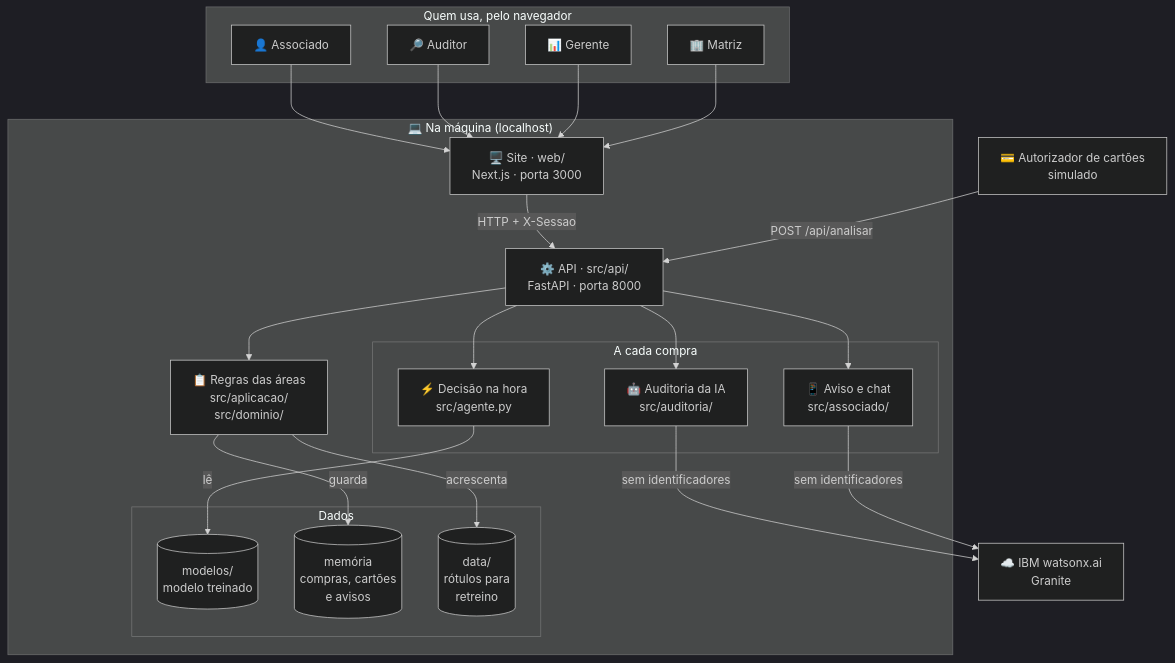
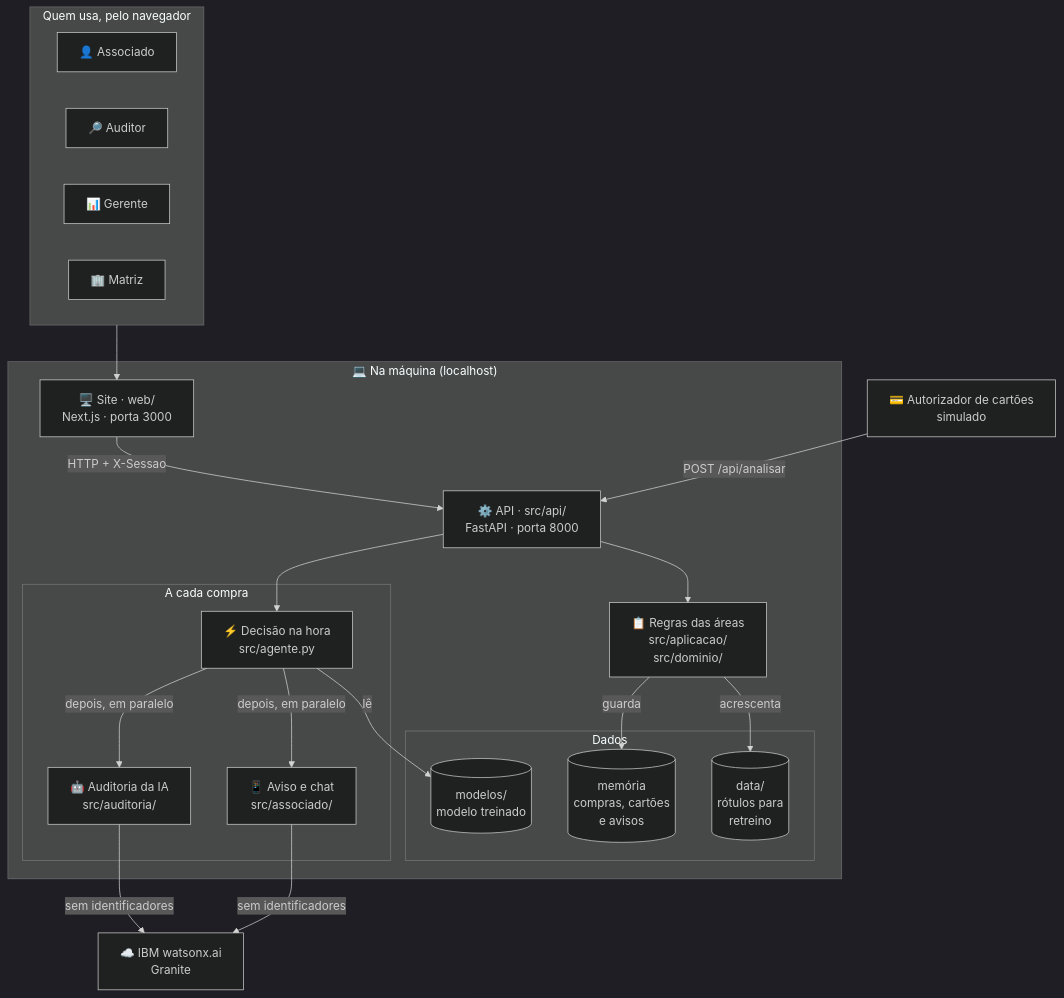
Before and after one commit to PedroMLegnaghi/Sentinela_IBM_SkillsBuildAILab_Sicredi_challenge: the third of 15 diagrams in README.md, drawn with Mermaid (dark theme).

Commit message:
docs: simplifica as setas do diagrama de contêineres

````diff
--- a/README.md
+++ b/README.md
@@ -139,39 +139,41 @@
 ```mermaid
 flowchart TB
     subgraph Pessoas["Quem usa, pelo navegador"]
+        direction LR
         ASS["👤 Associado"]
         AUD["🔎 Auditor"]
         GER["📊 Gerente"]
         MAT["🏢 Matriz"]
     end
     AUT["💳 Autorizador de cartões<br/>simulado"]
 
     subgraph Local["💻 Na máquina (localhost)"]
         SITE["🖥️ Site · web/<br/>Next.js · porta 3000"]
         API["⚙️ API · src/api/<br/>FastAPI · porta 8000"]
         subgraph Compra["A cada compra"]
             NUC["⚡ Decisão na hora<br/>src/agente.py"]
             AUDI["🤖 Auditoria da IA<br/>src/auditoria/"]
             CAN["📱 Aviso e chat<br/>src/associado/"]
         end
         REG["📋 Regras das áreas<br/>src/aplicacao/<br/>src/dominio/"]
         subgraph Dados["Dados"]
             MOD[("modelos/<br/>modelo treinado")]
             MEM[("memória<br/>compras, cartões<br/>e avisos")]
             ROT[("data/<br/>rótulos para<br/>retreino")]
         end
     end
 
     WX["☁️ IBM watsonx.ai<br/>Granite"]
 
-    ASS & AUD & GER & MAT --> SITE
+    Pessoas --> SITE
     SITE -->|"HTTP + X-Sessao"| API
     AUT -->|"POST /api/analisar"| API
-    API --> NUC & AUDI & CAN
+    API --> NUC
+    NUC -->|"depois, em paralelo"| AUDI & CAN
     API --> REG
     NUC -->|lê| MOD
     REG -->|guarda| MEM
     REG -->|acrescenta| ROT
     AUDI -->|"sem identificadores"| WX
     CAN -->|"sem identificadores"| WX
 ```
````
